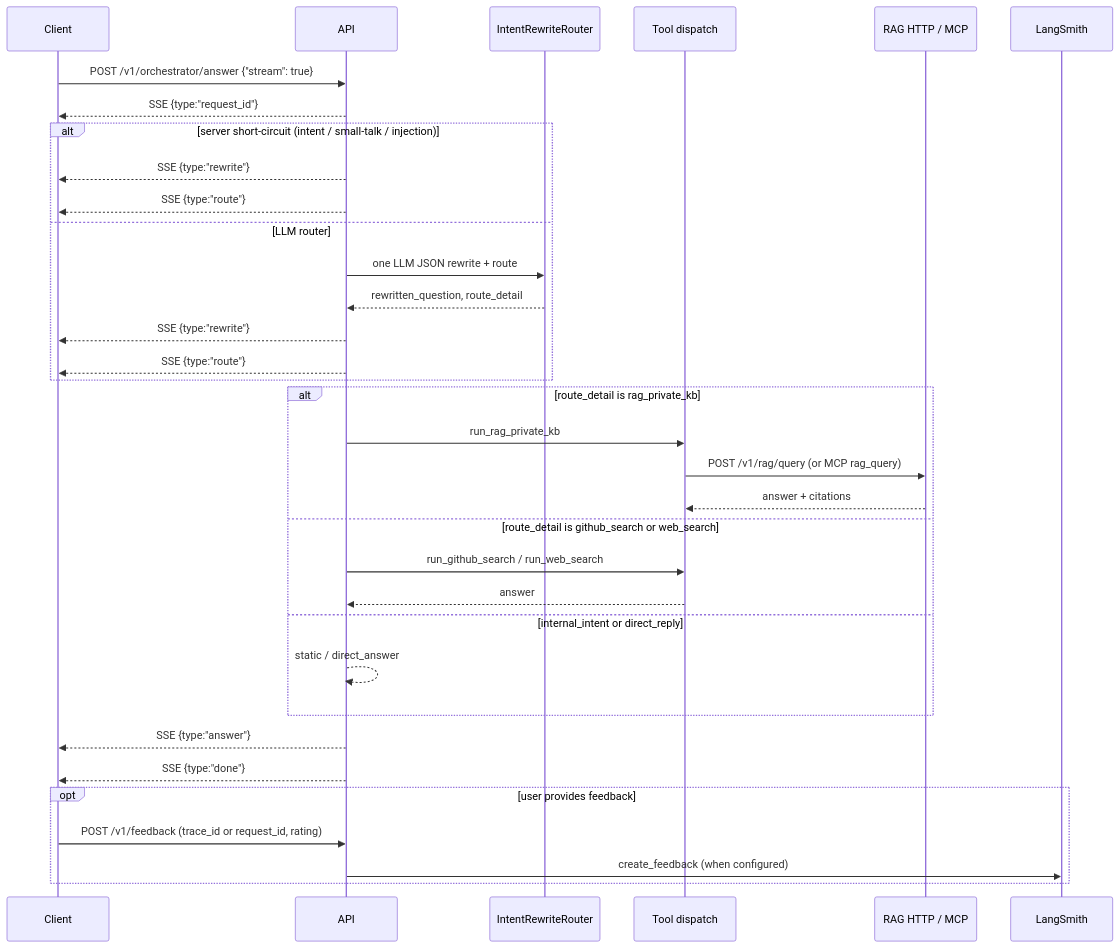
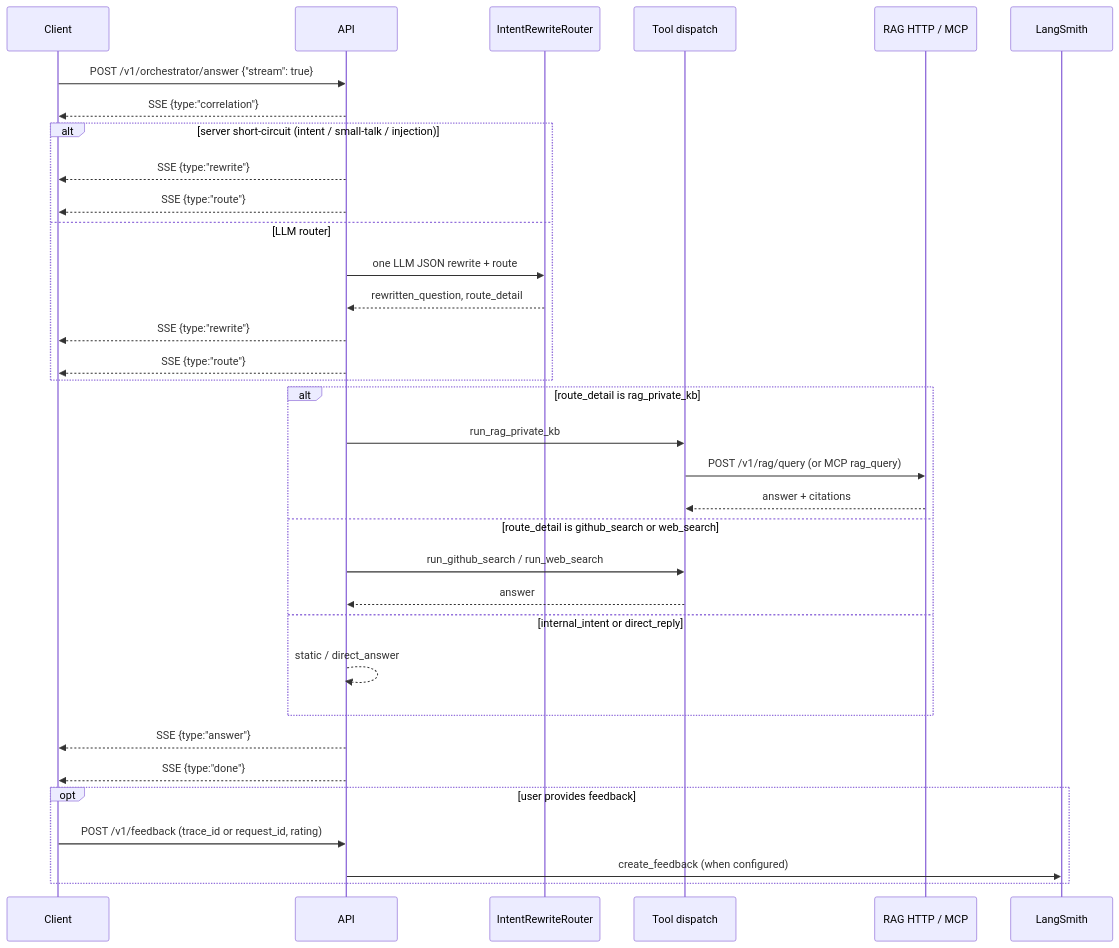
The diagram in docs/architecture.md (taixingbi/layer-orchestrator-v1), drawn with Mermaid before and after one commit. The commit also changed other lines of this file and 9 other files, not shown here.

Commit message:
fix sse request

````diff
--- a/docs/architecture.md
+++ b/docs/architecture.md
@@ -125,41 +125,41 @@
 ```mermaid
 sequenceDiagram
   participant Client
   participant API
   participant Router as IntentRewriteRouter
   participant Tools as Tool dispatch
   participant RAG as RAG HTTP / MCP
   participant LangSmith
 
   Client->>API: POST /v1/orchestrator/answer {"stream": true}
-  API-->>Client: SSE {type:"request_id"}
+  API-->>Client: SSE {type:"correlation"}
 
   alt server short-circuit (intent / small-talk / injection)
     API-->>Client: SSE {type:"rewrite"}
     API-->>Client: SSE {type:"route"}
   else LLM router
     API->>Router: one LLM JSON rewrite + route
     Router-->>API: rewritten_question, route_detail
     API-->>Client: SSE {type:"rewrite"}
     API-->>Client: SSE {type:"route"}
   end
 
   alt route_detail is rag_private_kb
     API->>Tools: run_rag_private_kb
     Tools->>RAG: POST /v1/rag/query (or MCP rag_query)
     RAG-->>Tools: answer + citations
   else route_detail is github_search or web_search
     API->>Tools: run_github_search / run_web_search
     Tools-->>API: answer
   else internal_intent or direct_reply
     API-->>API: static / direct_answer
   end
 
   API-->>Client: SSE {type:"answer"}
   API-->>Client: SSE {type:"done"}
 
   opt user provides feedback
     Client->>API: POST /v1/feedback (trace_id or request_id, rating)
     API->>LangSmith: create_feedback (when configured)
   end
 ```
````
